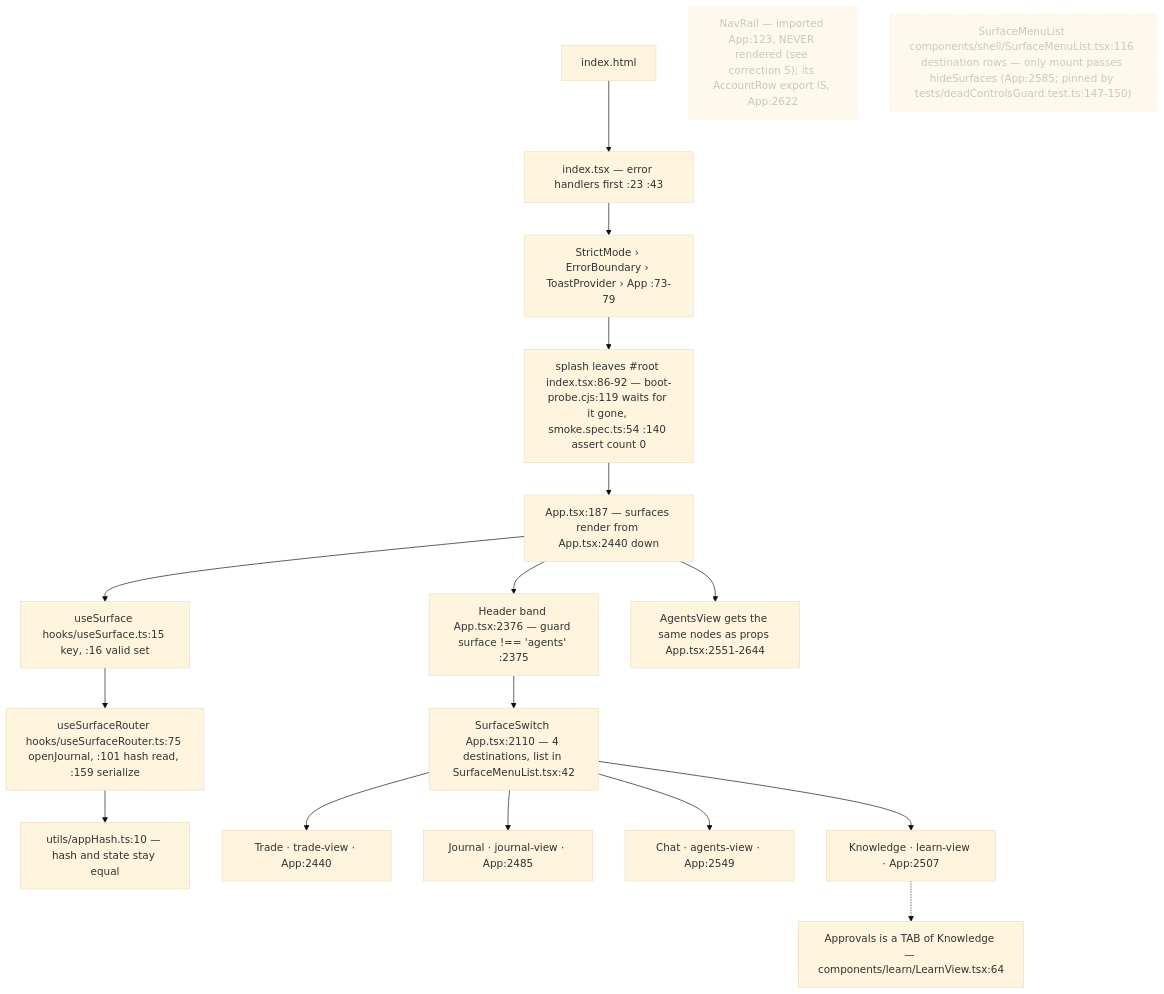
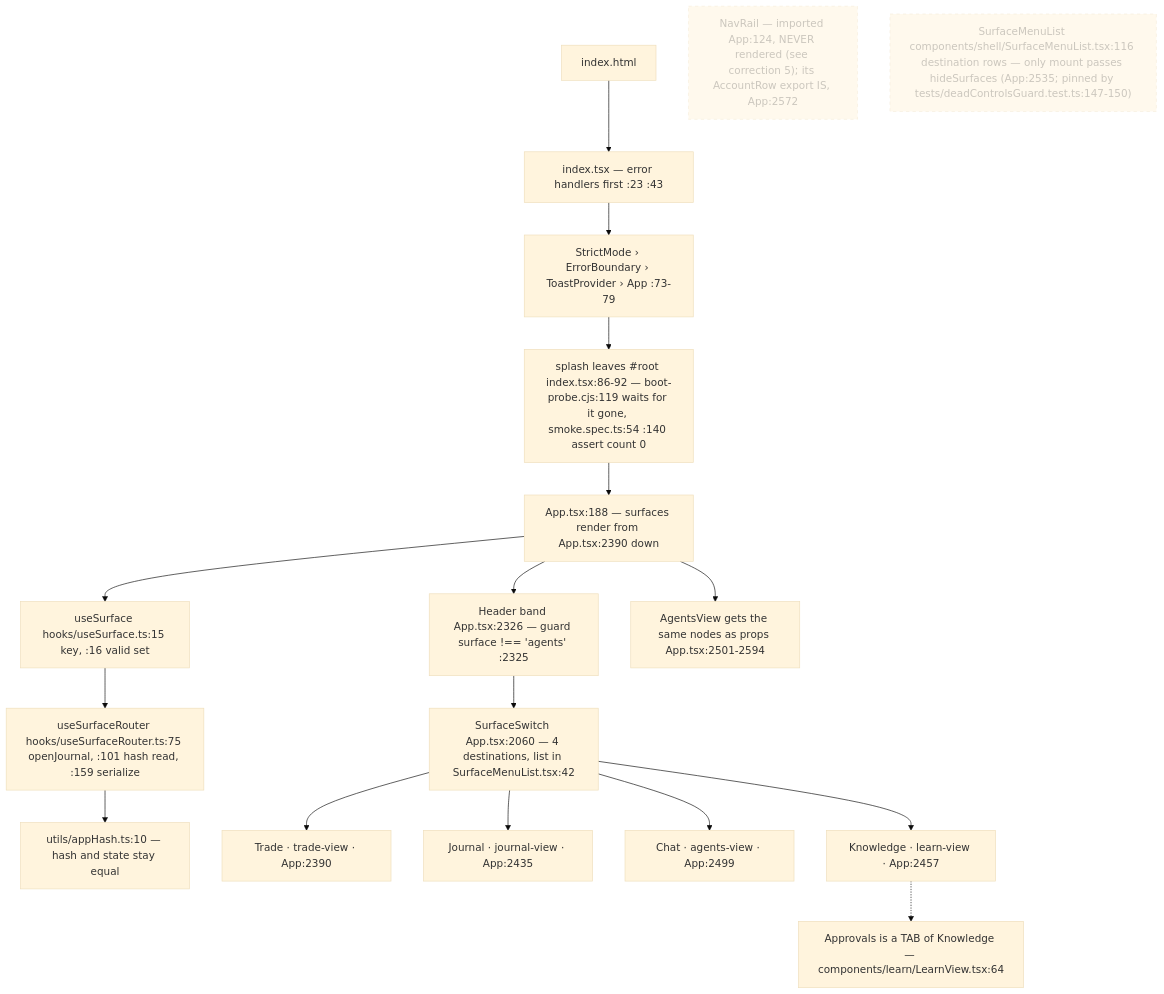
The first of 7 diagrams in docs/app-flow.md (Acepay25/august-3.5), drawn with Mermaid (base theme) before and after one commit. The commit also changed other lines of this file and 82 other files, not shown here.

````diff
--- a/docs/app-flow.md
+++ b/docs/app-flow.md
@@ -32,21 +32,21 @@
 ```mermaid
 flowchart TD
     H["index.html"] --> I["index.tsx — error handlers first :23 :43"]
     I --> S["StrictMode › ErrorBoundary › ToastProvider › App :73-79"]
     S --> SP["splash leaves #root index.tsx:86-92 — boot-probe.cjs:119 waits for it gone, smoke.spec.ts:54 :140 assert count 0"]
-    SP --> APP["App.tsx:187 — surfaces render from App.tsx:2440 down"]
+    SP --> APP["App.tsx:188 — surfaces render from App.tsx:2390 down"]
     APP --> US["useSurface hooks/useSurface.ts:15 key, :16 valid set"]
     US --> UR["useSurfaceRouter hooks/useSurfaceRouter.ts:75 openJournal, :101 hash read, :159 serialize"]
     UR --> HASH["utils/appHash.ts:10 — hash and state stay equal"]
-    APP --> HD["Header band App.tsx:2376 — guard surface !== 'agents' :2375"]
-    HD --> SW["SurfaceSwitch App.tsx:2110 — 4 destinations, list in SurfaceMenuList.tsx:42"]
-    APP --> AV["AgentsView gets the same nodes as props App.tsx:2551-2644"]
-    SW --> T["Trade · trade-view · App:2440"]
-    SW --> J["Journal · journal-view · App:2485"]
-    SW --> C["Chat · agents-view · App:2549"]
-    SW --> K["Knowledge · learn-view · App:2507"]
+    APP --> HD["Header band App.tsx:2326 — guard surface !== 'agents' :2325"]
+    HD --> SW["SurfaceSwitch App.tsx:2060 — 4 destinations, list in SurfaceMenuList.tsx:42"]
+    APP --> AV["AgentsView gets the same nodes as props App.tsx:2501-2594"]
+    SW --> T["Trade · trade-view · App:2390"]
+    SW --> J["Journal · journal-view · App:2435"]
+    SW --> C["Chat · agents-view · App:2499"]
+    SW --> K["Knowledge · learn-view · App:2457"]
     K -.-> AP["Approvals is a TAB of Knowledge — components/learn/LearnView.tsx:64"]
-    NR["NavRail — imported App:123, NEVER rendered (see correction 5); its AccountRow export IS, App:2622"]:::dead
-    SM["SurfaceMenuList components/shell/SurfaceMenuList.tsx:116 destination rows — only mount passes hideSurfaces (App:2585; pinned by tests/deadControlsGuard.test.ts:147-150)"]:::dead
+    NR["NavRail — imported App:124, NEVER rendered (see correction 5); its AccountRow export IS, App:2572"]:::dead
+    SM["SurfaceMenuList components/shell/SurfaceMenuList.tsx:116 destination rows — only mount passes hideSurfaces (App:2535; pinned by tests/deadControlsGuard.test.ts:147-150)"]:::dead
     classDef dead stroke-dasharray: 5 5,opacity:.5
 ```
````
